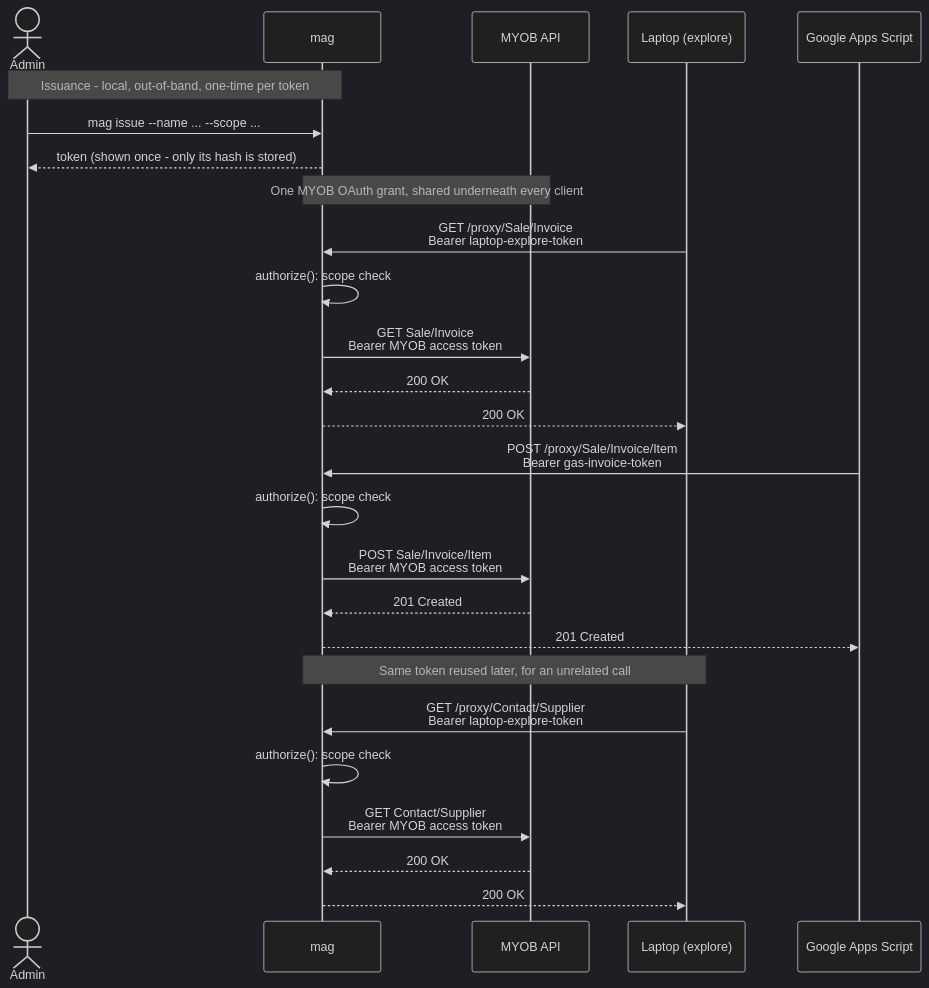
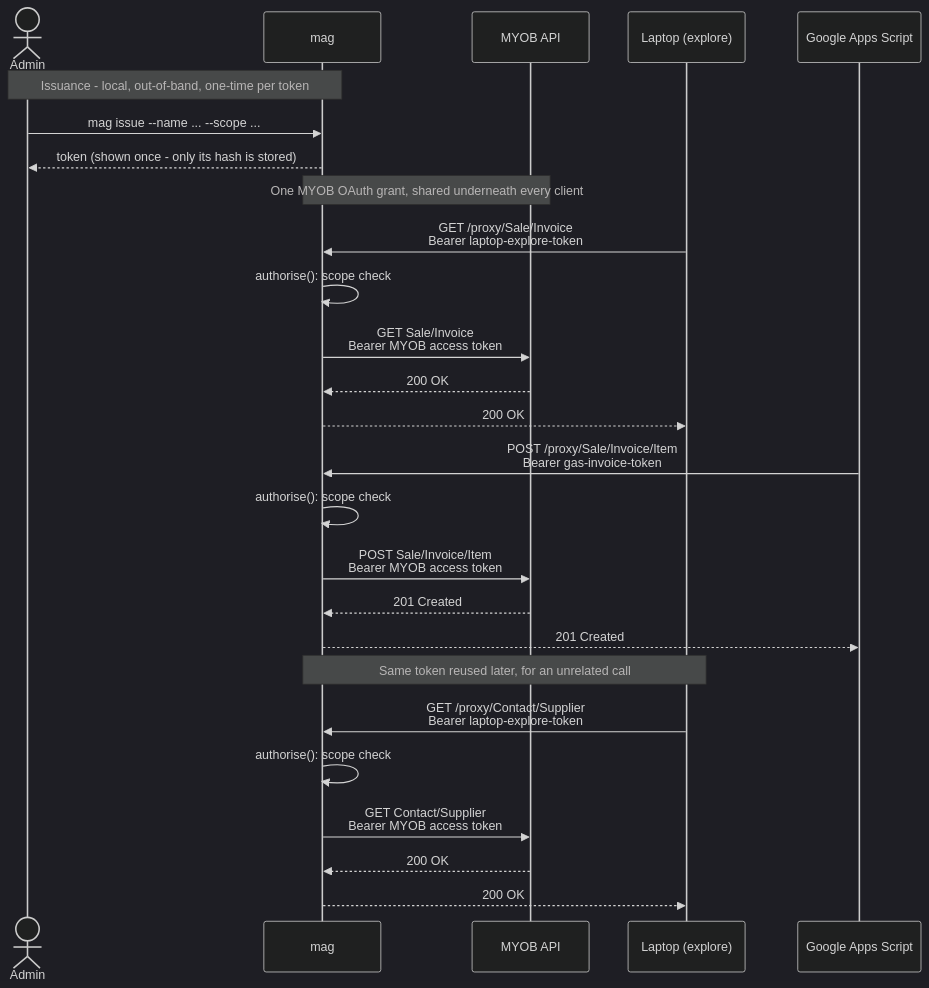
One commit to hraftery/mag changed the second of 2 diagrams in README.md. Above: the diagram before and after it, drawn with Mermaid (dark theme). The commit also changed other lines of this file and 9 other files, not shown here.

Commit message:
Standardise on "authorise" over "authorize".

````diff
--- a/README.md
+++ b/README.md
@@ -213,32 +213,32 @@
 ```mermaid
 sequenceDiagram
     actor Admin
     participant mag
     participant MYOB as MYOB API
     participant Laptop as Laptop (explore)
     participant GAS as Google Apps Script
 
     Note over Admin,mag: Issuance - local, out-of-band, one-time per token
     Admin->>mag: mag issue --name ... --scope ...
     mag-->>Admin: token (shown once - only its hash is stored)
 
     Note over mag,MYOB: One MYOB OAuth grant, shared underneath every client
     Laptop->>mag: GET /proxy/Sale/Invoice<br/>Bearer laptop-explore-token
-    mag->>mag: authorize(): scope check
+    mag->>mag: authorise(): scope check
     mag->>MYOB: GET Sale/Invoice<br/>Bearer MYOB access token
     MYOB-->>mag: 200 OK
     mag-->>Laptop: 200 OK
 
     GAS->>mag: POST /proxy/Sale/Invoice/Item<br/>Bearer gas-invoice-token
-    mag->>mag: authorize(): scope check
+    mag->>mag: authorise(): scope check
     mag->>MYOB: POST Sale/Invoice/Item<br/>Bearer MYOB access token
     MYOB-->>mag: 201 Created
     mag-->>GAS: 201 Created
 
     Note over Laptop,mag: Same token reused later, for an unrelated call
     Laptop->>mag: GET /proxy/Contact/Supplier<br/>Bearer laptop-explore-token
-    mag->>mag: authorize(): scope check
+    mag->>mag: authorise(): scope check
     mag->>MYOB: GET Contact/Supplier<br/>Bearer MYOB access token
     MYOB-->>mag: 200 OK
     mag-->>Laptop: 200 OK
 ```
````
